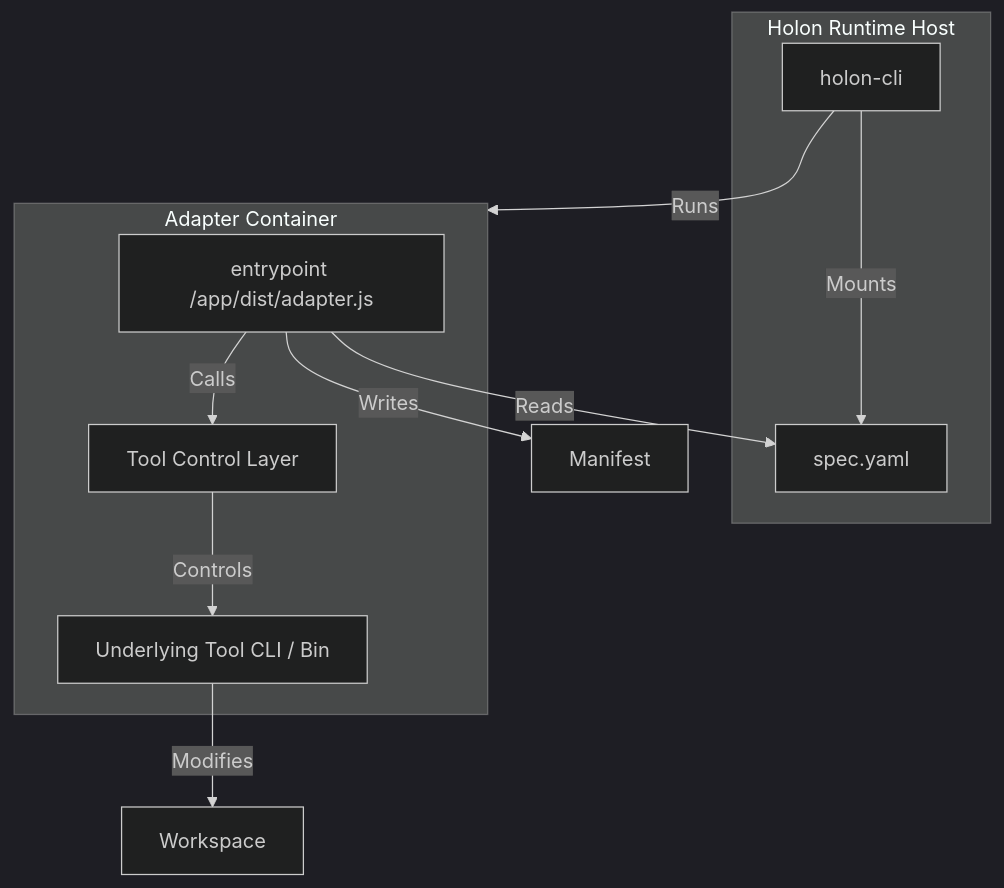
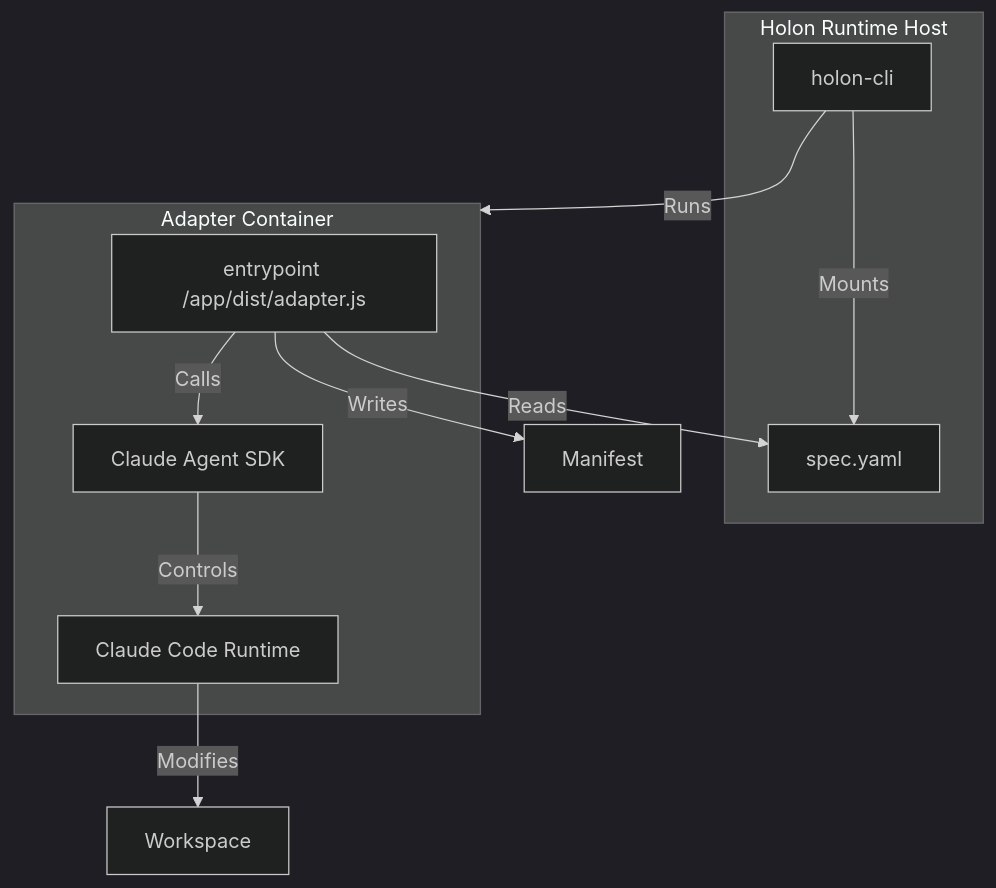
Before and after one commit to holon-run/holon: the diagram in rfc/0002-adapter-scheme.md, drawn with Mermaid (dark theme). The commit also changed other lines of this file and 1 other file, not shown here.

````diff
--- a/rfc/0002-adapter-scheme.md
+++ b/rfc/0002-adapter-scheme.md
@@ -25,21 +25,21 @@
 ```mermaid
 graph TD
     subgraph Host [Holon Runtime Host]
         CLI[holon-cli]
         Spec[spec.yaml]
     end
 
     subgraph Container [Adapter Container]
         Entry[entrypoint /app/dist/adapter.js]
-        SDK[Tool Control Layer]
-        Tool[Underlying Tool CLI / Bin]
+        SDK[Claude Agent SDK]
+        Tool[Claude Code Runtime]
     end
 
     CLI -->|Runs| Container
     CLI -->|Mounts| Spec
     Entry -->|Reads| Spec
     Entry -->|Calls| SDK
     SDK -->|Controls| Tool
     Tool -->|Modifies| Workspace
     Entry -->|Writes| Manifest
 ```
````
